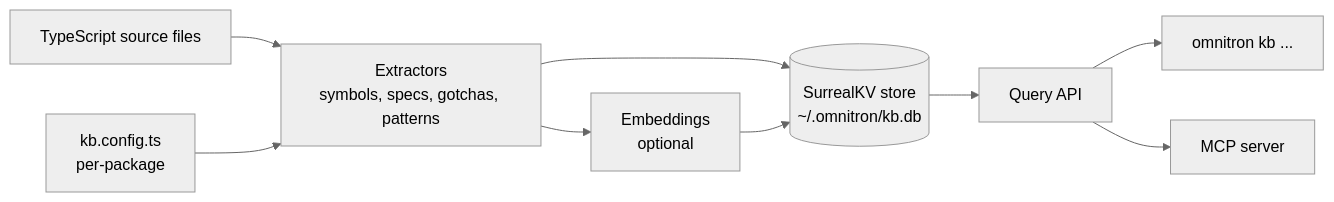
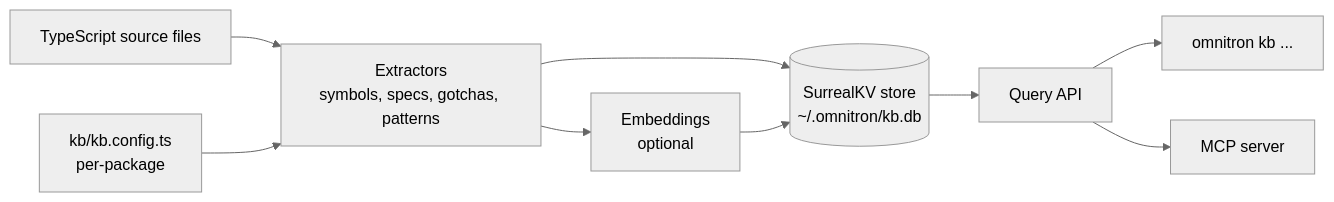
One commit to omnitron-dev/website changed the first of 2 diagrams in docs/utilities/kb.md. Above: the diagram before and after it, drawn with Mermaid (neutral theme). The commit also changed other lines of this file and 23 other files, not shown here.

````diff
--- a/docs/utilities/kb.md
+++ b/docs/utilities/kb.md
@@ -35,20 +35,20 @@
 ```mermaid
 flowchart LR
   TS[TypeScript source files]
-  Manifest[kb.config.ts<br/>per-package]
+  Manifest[kb/kb.config.ts<br/>per-package]
   Extr[Extractors<br/>symbols, specs, gotchas, patterns]
   Embed[Embeddings<br/>optional]
   Store[(SurrealKV store<br/>~/.omnitron/kb.db)]
   Q[Query API]
   CLI[omnitron kb ...]
   MCP[MCP server]
 
   TS --> Extr
   Manifest --> Extr
   Extr --> Embed
   Extr --> Store
   Embed --> Store
   Store --> Q
   Q --> CLI
   Q --> MCP
 ```
````
